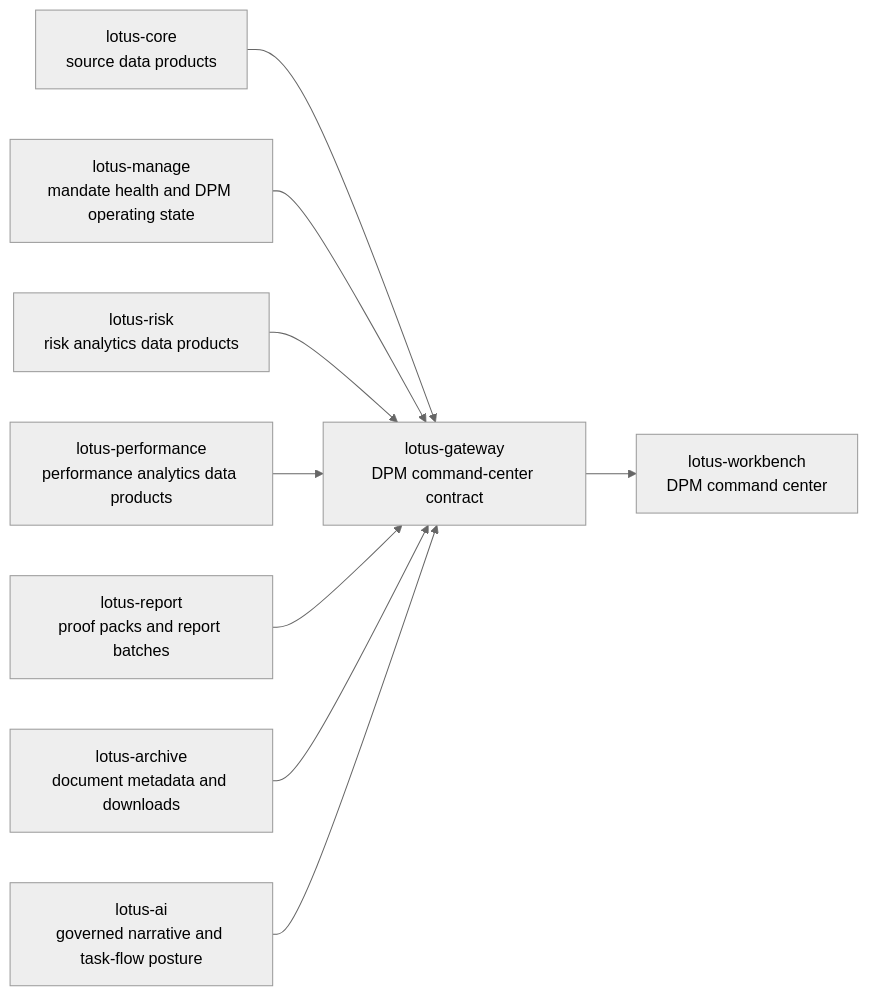
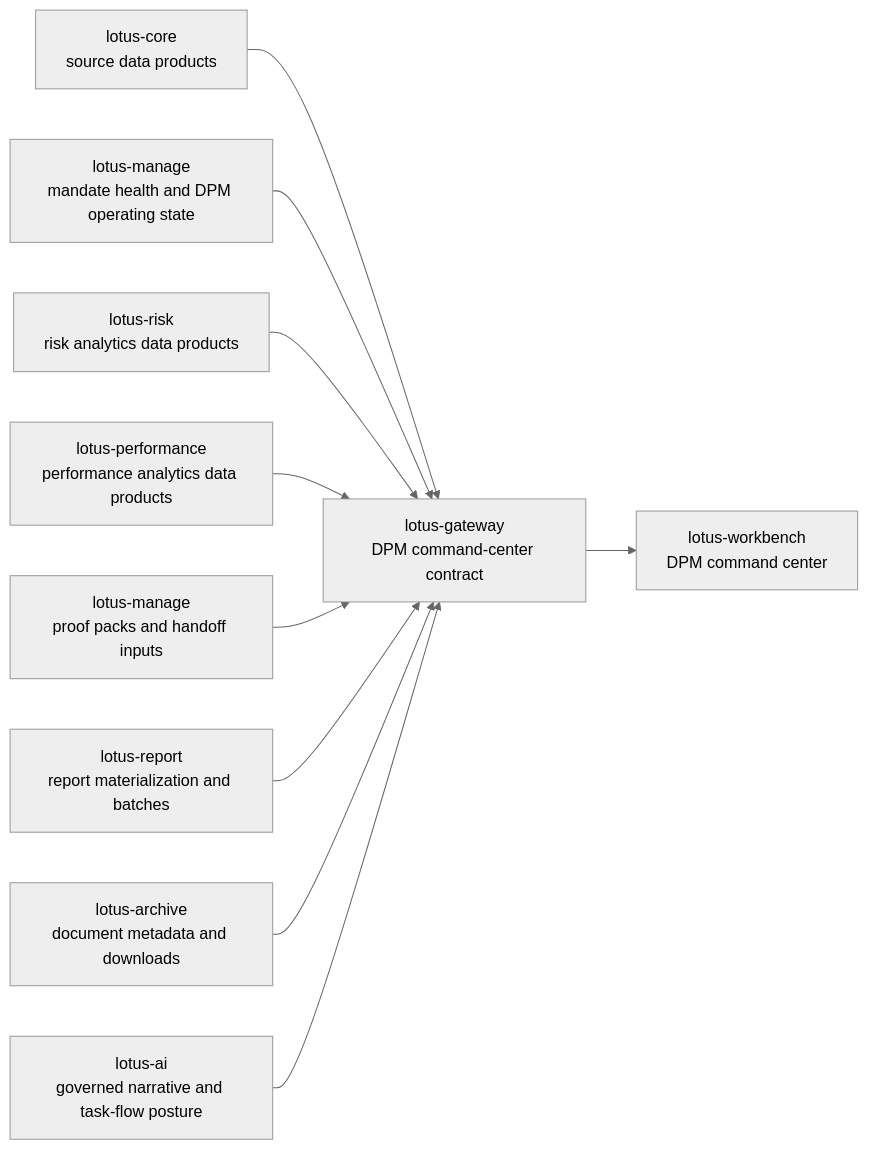
One commit to sgajbi/lotus-gateway changed the diagram in docs/rfcs/RFC-0098-dpm-command-center-composition-contract.md. Above: the diagram before and after it, drawn with Mermaid (neutral theme). The commit also changed other lines of this file and 4 other files, not shown here.

````diff
--- a/docs/rfcs/RFC-0098-dpm-command-center-composition-contract.md
+++ b/docs/rfcs/RFC-0098-dpm-command-center-composition-contract.md
@@ -154,11 +158,12 @@
 ```mermaid
 flowchart LR
     Core[lotus-core<br/>source data products] --> Gateway[lotus-gateway<br/>DPM command-center contract]
     Manage[lotus-manage<br/>mandate health and DPM operating state] --> Gateway
     Risk[lotus-risk<br/>risk analytics data products] --> Gateway
     Performance[lotus-performance<br/>performance analytics data products] --> Gateway
-    Report[lotus-report<br/>proof packs and report batches] --> Gateway
+    ManageProof[lotus-manage<br/>proof packs and handoff inputs] --> Gateway
+    Report[lotus-report<br/>report materialization and batches] --> Gateway
     Archive[lotus-archive<br/>document metadata and downloads] --> Gateway
     AI[lotus-ai<br/>governed narrative and task-flow posture] --> Gateway
     Gateway --> Workbench[lotus-workbench<br/>DPM command center]
 ```
````
